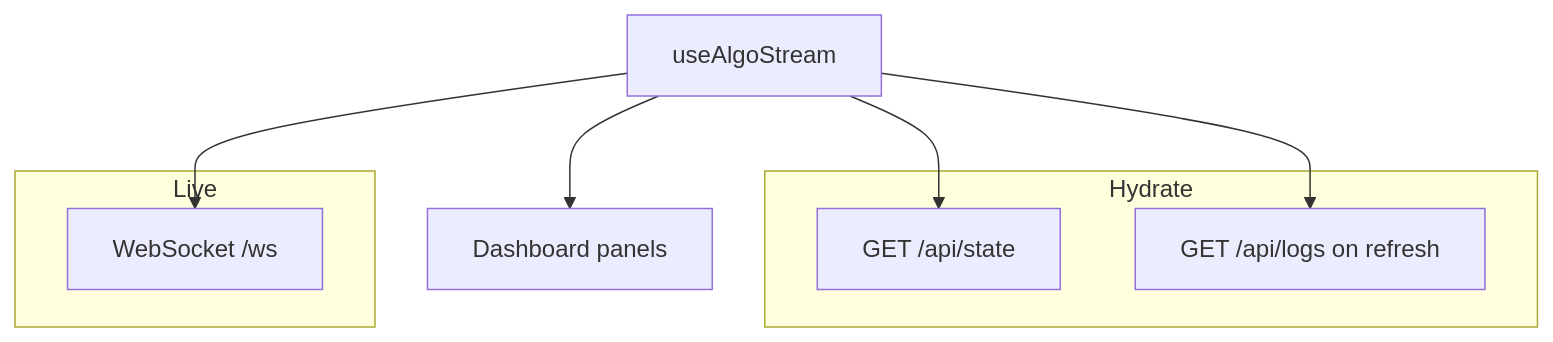
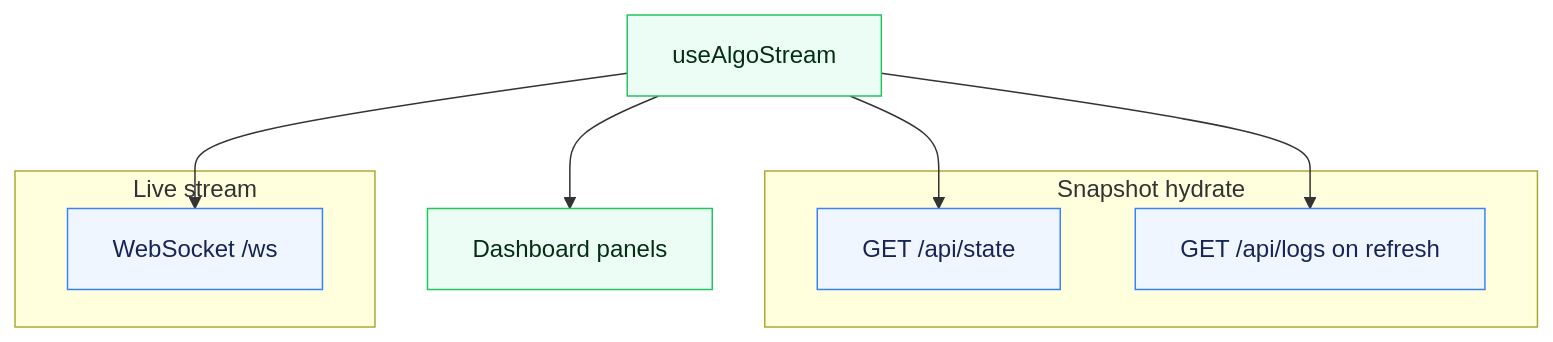
One commit to Zendragon98/algo-trading-hub changed the first of 8 diagrams in README.md. Above: the diagram before and after it, drawn with Mermaid. The commit also changed other lines of this file and 13 other files, not shown here.

Commit message:
Polish architecture diagrams

````diff
--- a/README.md
+++ b/README.md
@@ -322,14 +322,21 @@
 ```mermaid
 flowchart TB
-    subgraph Hydrate
-        S["GET /api/state"]
-        L["GET /api/logs on refresh"]
+    subgraph Snapshot["Snapshot hydrate"]
+        STATE["GET /api/state"]
+        LOGS["GET /api/logs on refresh"]
     end
-    subgraph Live
-        W["WebSocket /ws"]
+
+    subgraph Stream["Live stream"]
+        WS["WebSocket /ws"]
     end
-    H[useAlgoStream] --> S
-    H --> W
-    H --> L
-    H --> P[Dashboard panels]
+
+    HOOK["useAlgoStream"] --> STATE
+    HOOK --> LOGS
+    HOOK --> WS
+    HOOK --> PANELS["Dashboard panels"]
+
+    classDef client fill:#ecfdf5,stroke:#22c55e,color:#052e16
+    classDef api fill:#eff6ff,stroke:#3b82f6,color:#172554
+    class HOOK,PANELS client
+    class STATE,LOGS,WS api
 ```
````
